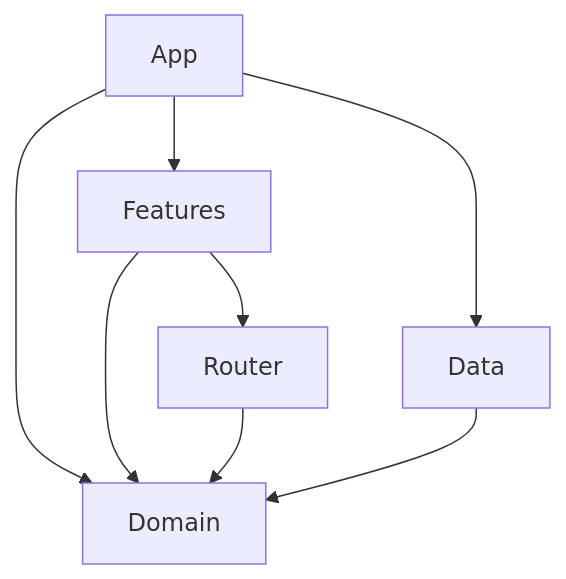
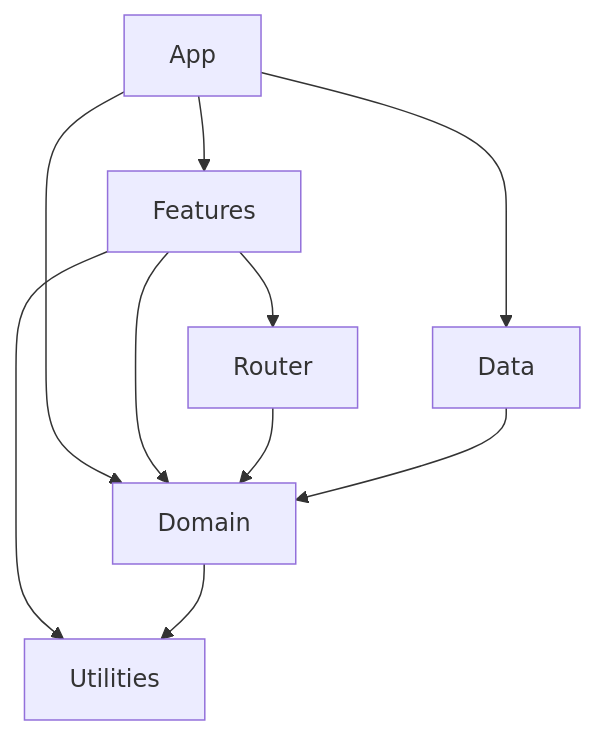
The diagram in README.md (glebus/moviehub), drawn with Mermaid before and after one commit. The commit also changed other lines of this file and 33 other files, not shown here.

````diff
--- a/README.md
+++ b/README.md
@@ -53,19 +58,23 @@
 ```mermaid
 graph TD
     App[App]
     Features[Features]
     Router[Router]
     Domain[Domain]
     Data[Data]
+    Utilities[Utilities]
 
     App --> Features
     App --> Data
     App --> Domain
 
     Features --> Domain
     Features --> Router
+    Features --> Utilities
 
     Router --> Domain
 
     Data --> Domain
+
+    Domain --> Utilities
 ```
````
